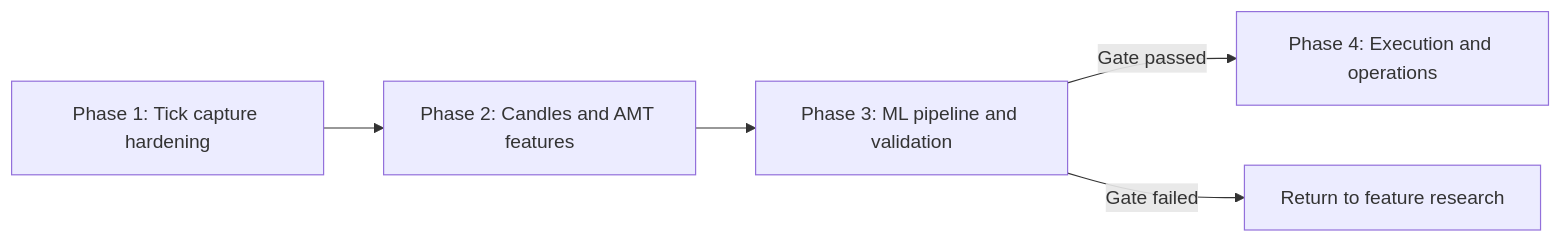
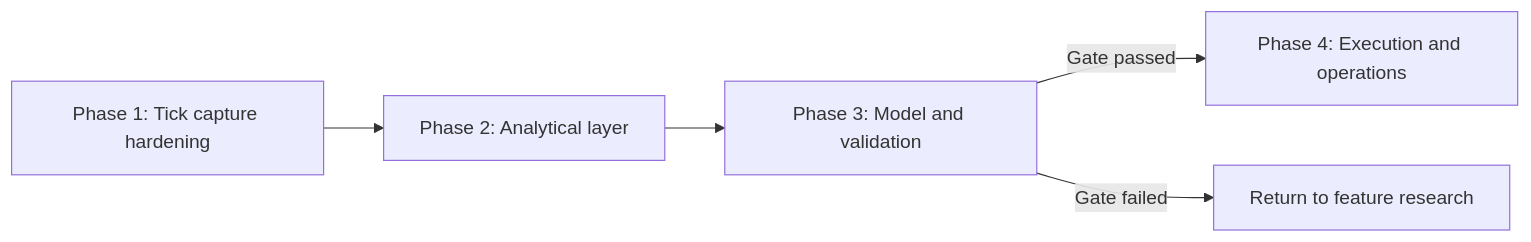
The diagram in docs/planning.md (serunkuma/iqoption-bot), drawn with Mermaid before and after one commit. The commit also changed other lines of this file and 81 other files, not shown here.

````diff
--- a/docs/planning.md
+++ b/docs/planning.md
@@ -39,7 +51,7 @@
 ```mermaid
 flowchart LR
-    P1[Phase 1: Tick capture hardening] --> P2[Phase 2: Candles and AMT features]
-    P2 --> P3[Phase 3: ML pipeline and validation]
+    P1[Phase 1: Tick capture hardening] --> P2[Phase 2: Analytical layer]
+    P2 --> P3[Phase 3: Model and validation]
     P3 -->|Gate passed| P4[Phase 4: Execution and operations]
     P3 -->|Gate failed| R[Return to feature research]
 ```
````
